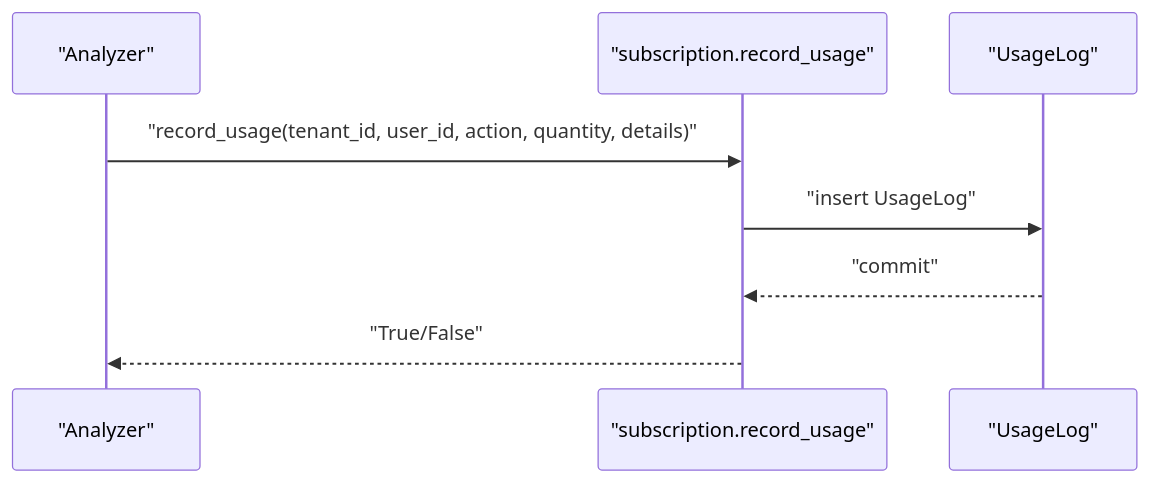
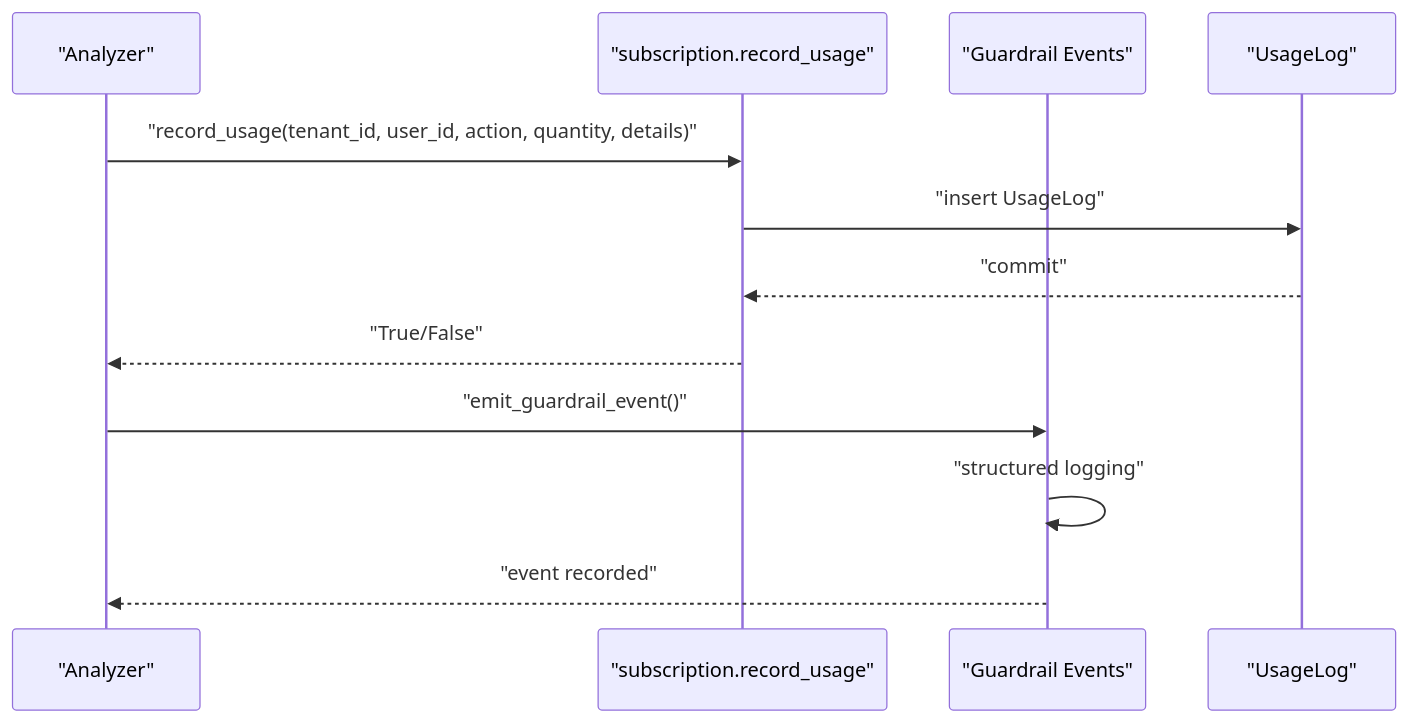
One commit to Revanththetalogics/aireume changed diagram 11 of 13 in .qoder/repowiki/en/content/Advanced Topics/Security Hardening/Security Hardening.md. Above: the diagram before and after it, drawn with Mermaid. The commit also changed other lines of this file and 21 other files, not shown here.

````diff
--- a/.qoder/repowiki/en/content/Advanced Topics/Security Hardening/Security Hardening.md
+++ b/.qoder/repowiki/en/content/Advanced Topics/Security Hardening/Security Hardening.md
@@ -677,10 +835,14 @@
 ```mermaid
 sequenceDiagram
 participant Route as "Analyzer"
 participant Sub as "subscription.record_usage"
+participant Guardrail as "Guardrail Events"
 participant DB as "UsageLog"
 Route->>Sub : "record_usage(tenant_id, user_id, action, quantity, details)"
 Sub->>DB : "insert UsageLog"
 DB-->>Sub : "commit"
 Sub-->>Route : "True/False"
+Route->>Guardrail : "emit_guardrail_event()"
+Guardrail->>Guardrail : "structured logging"
+Guardrail-->>Route : "event recorded"
 ```
````
